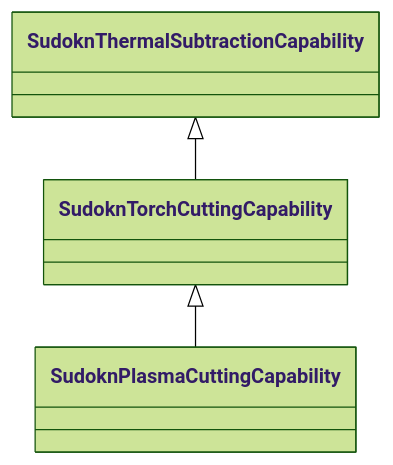
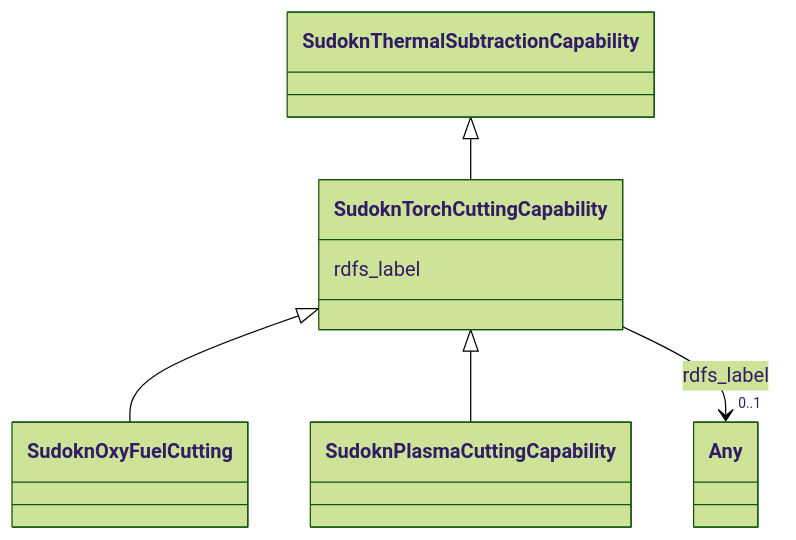
The diagram in sudokn-kg/classes/SudoknTorchCuttingCapability.md (frink-okn/graph-descriptions), drawn with Mermaid (forest theme) before and after one commit. The commit also changed other lines of this file and 903 other files, not shown here.

````diff
--- a/sudokn-kg/classes/SudoknTorchCuttingCapability.md
+++ b/sudokn-kg/classes/SudoknTorchCuttingCapability.md
@@ -23,14 +16,25 @@
 ```mermaid
  classDiagram
     class SudoknTorchCuttingCapability
     click SudoknTorchCuttingCapability href "../SudoknTorchCuttingCapability"
       SudoknThermalSubtractionCapability <|-- SudoknTorchCuttingCapability
         click SudoknThermalSubtractionCapability href "../SudoknThermalSubtractionCapability"
       
 
+      SudoknTorchCuttingCapability <|-- SudoknOxyFuelCutting
+        click SudoknOxyFuelCutting href "../SudoknOxyFuelCutting"
       SudoknTorchCuttingCapability <|-- SudoknPlasmaCuttingCapability
         click SudoknPlasmaCuttingCapability href "../SudoknPlasmaCuttingCapability"
       
       
+      SudoknTorchCuttingCapability : rdfs_label
+        
+          
+    
+    
+    SudoknTorchCuttingCapability --> "0..1" Any : rdfs_label
+    click Any href "../Any"
+
+        
       
 ```
````
